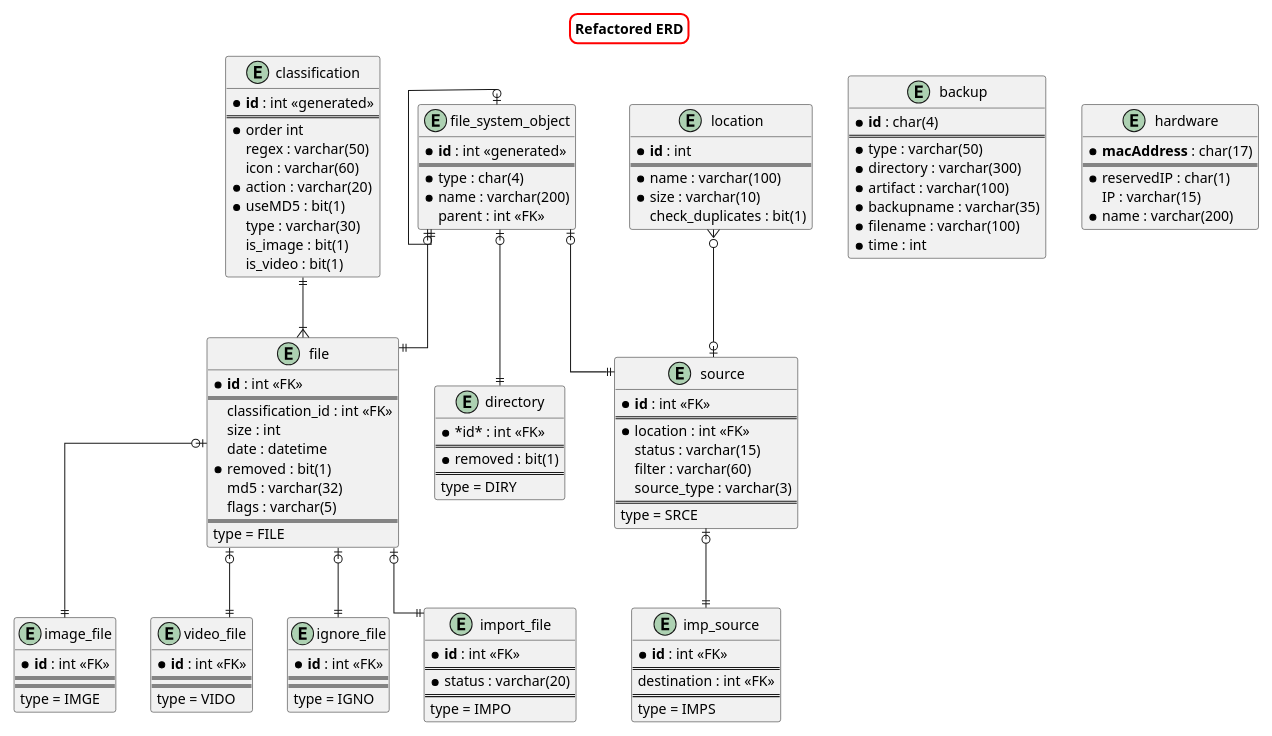
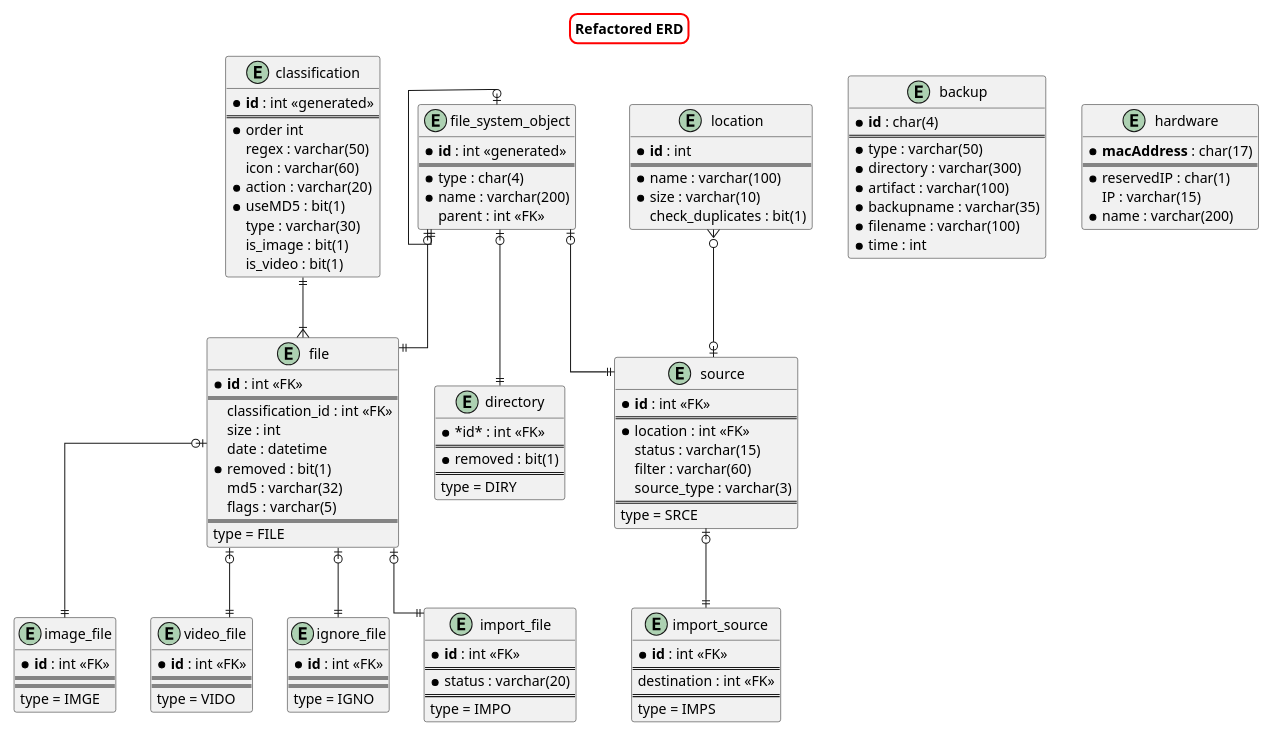
Before and after one commit to jbrmmg/Backup: the diagram in src/main/resources/design/entity/refactored.pu, drawn with PlantUML. The commit also changed 17 other files, not shown here.

```diff
--- a/src/main/resources/design/entity/refactored.pu
+++ b/src/main/resources/design/entity/refactored.pu
@@ -1,138 +1,138 @@
 @startuml
 skinparam titleBorderRoundCorner 15
 skinparam titleBorderThickness 2
 skinparam titleBorderColor red
 title Refactored ERD
 skinparam linetype ortho
 scale 0.75
 
 entity file_system_object {
 * **id** : int <<generated>>
 ==
 * type : char(4)
 * name : varchar(200)
   parent : int <<FK>>
 }
 
 entity file {
    * **id** : int <<FK>>
    ==
    classification_id : int <<FK>>
    size : int
    date : datetime
    * removed : bit(1)
    md5 : varchar(32)
    flags : varchar(5)
    ==
    type = FILE
 }
 
 entity image_file {
    * **id** : int <<FK>>
    ==
    ==
    type = IMGE
 }
 
 entity video_file {
    * **id** : int <<FK>>
    ==
    ==
    type = VIDO
 }
 
 entity directory {
   * *id* : int <<FK>>
   ==
   * removed : bit(1)
   ==
   type = DIRY
 }
 
 entity source {
   * **id** : int <<FK>>
   ==
   * location : int <<FK>>
   status : varchar(15)
   filter : varchar(60)
   source_type : varchar(3)
   ==
   type = SRCE
 }
 
 
-entity imp_source {
+entity import_source {
   * **id** : int <<FK>>
   ==
   destination : int <<FK>>
   ==
   type = IMPS
 }
 
 entity classification {
   * **id** : int <<generated>>
   ==
   * order int
   regex : varchar(50)
   icon : varchar(60)
   * action : varchar(20)
   * useMD5 : bit(1)
   type : varchar(30)
   is_image : bit(1)
   is_video : bit(1)
 }
 
 entity backup {
   * **id** : char(4)
   ==
   * type : varchar(50)
   * directory : varchar(300)
   * artifact : varchar(100)
   * backupname : varchar(35)
   * filename : varchar(100)
   * time : int
 }
 
 entity hardware {
   * **macAddress** : char(17)
   ==
   * reservedIP : char(1)
   IP : varchar(15)
   * name : varchar(200)
 }
 
 entity location {
   * **id** : int
   ==
   * name : varchar(100)
   * size : varchar(10)
   check_duplicates : bit(1)
 }
 
 entity ignore_file {
   * **id** : int <<FK>>
   ==
   ==
   type = IGNO
 }
 
 entity import_file {
   * **id** : int <<FK>>
   ==
   * status : varchar(20)
   ==
   type = IMPO
 }
 
 file_system_object |o--|| file_system_object
 file_system_object |o--|| file
 file_system_object |o--|| directory
 file_system_object |o--|| source
 file |o--|| image_file
 file |o--|| video_file
 file |o--|| ignore_file
 file |o--|| import_file
-source |o--|| imp_source
+source |o--|| import_source
 classification ||--|{ file
 location }o--o| source
 @enduml
```
